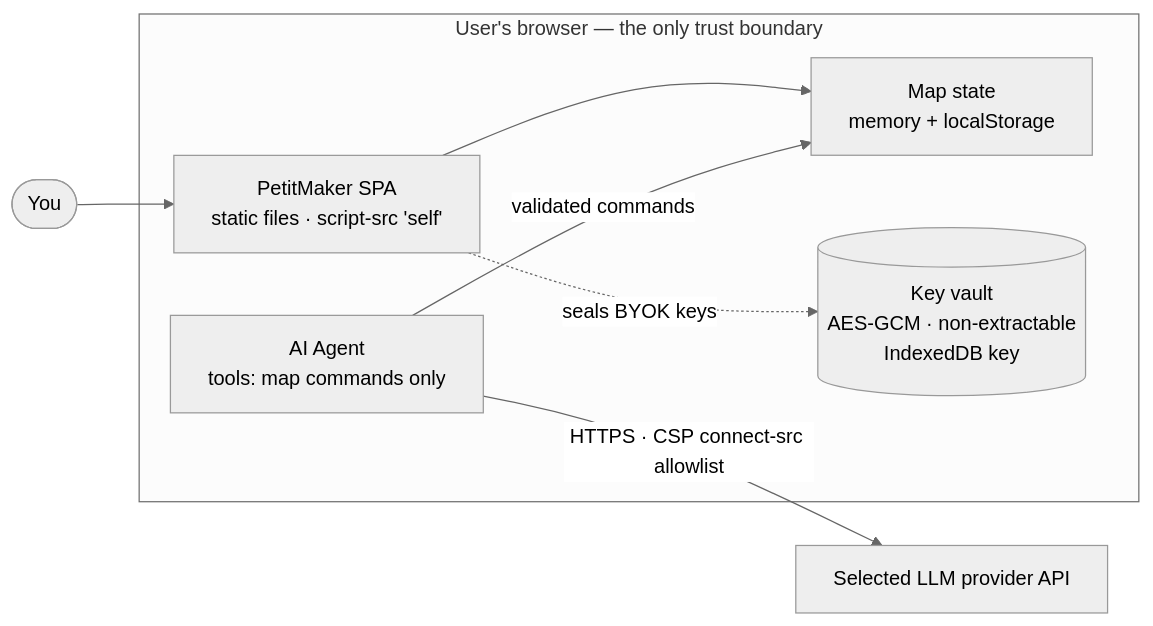
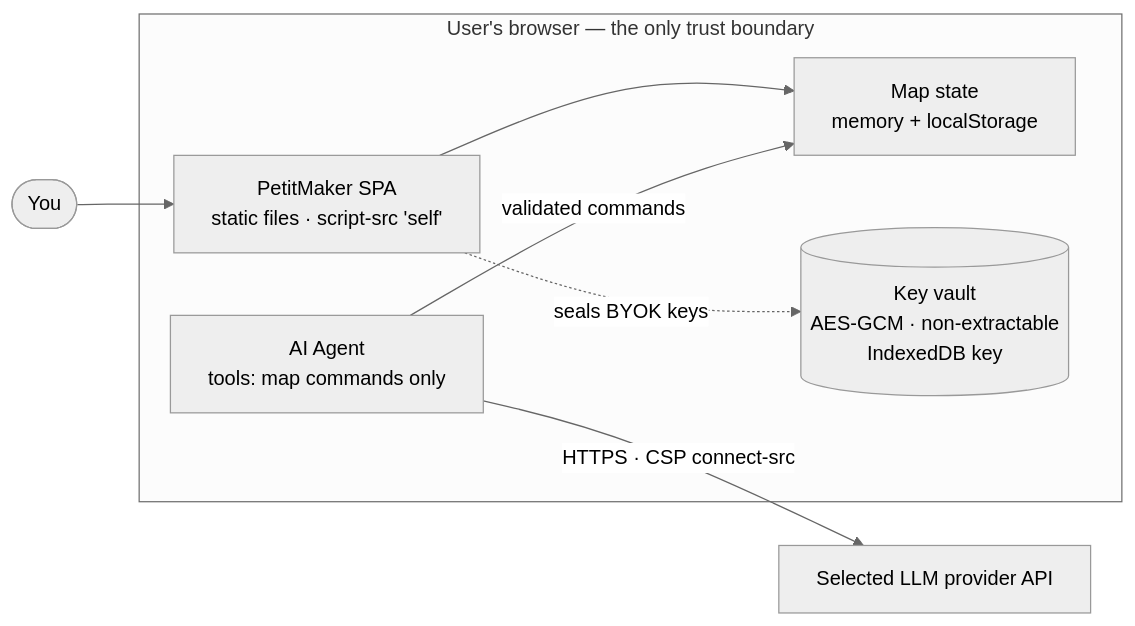
One commit to Stry233/PetitMaker changed the diagram in docs/THREAT_MODEL.md. Above: the diagram before and after it, drawn with Mermaid (neutral theme). The commit also changed other lines of this file and 1290 other files, not shown here.

````diff
--- a/docs/THREAT_MODEL.md
+++ b/docs/THREAT_MODEL.md
@@ -11,14 +11,14 @@
 ```mermaid
 flowchart LR
     user(["You"]) --> spa
     subgraph browser["User's browser — the only trust boundary"]
         spa["PetitMaker SPA<br/>static files · script-src 'self'"]
         map["Map state<br/>memory + localStorage"]
         agent["AI Agent<br/>tools: map commands only"]
         vault[("Key vault<br/>AES-GCM · non-extractable<br/>IndexedDB key")]
         spa --> map
         agent -->|validated commands| map
         spa -. seals BYOK keys .-> vault
     end
-    agent -->|HTTPS · CSP connect-src allowlist| provider["Selected LLM provider API"]
+    agent -->|"HTTPS · CSP connect-src"| provider["Selected LLM provider API"]
 ```
````
